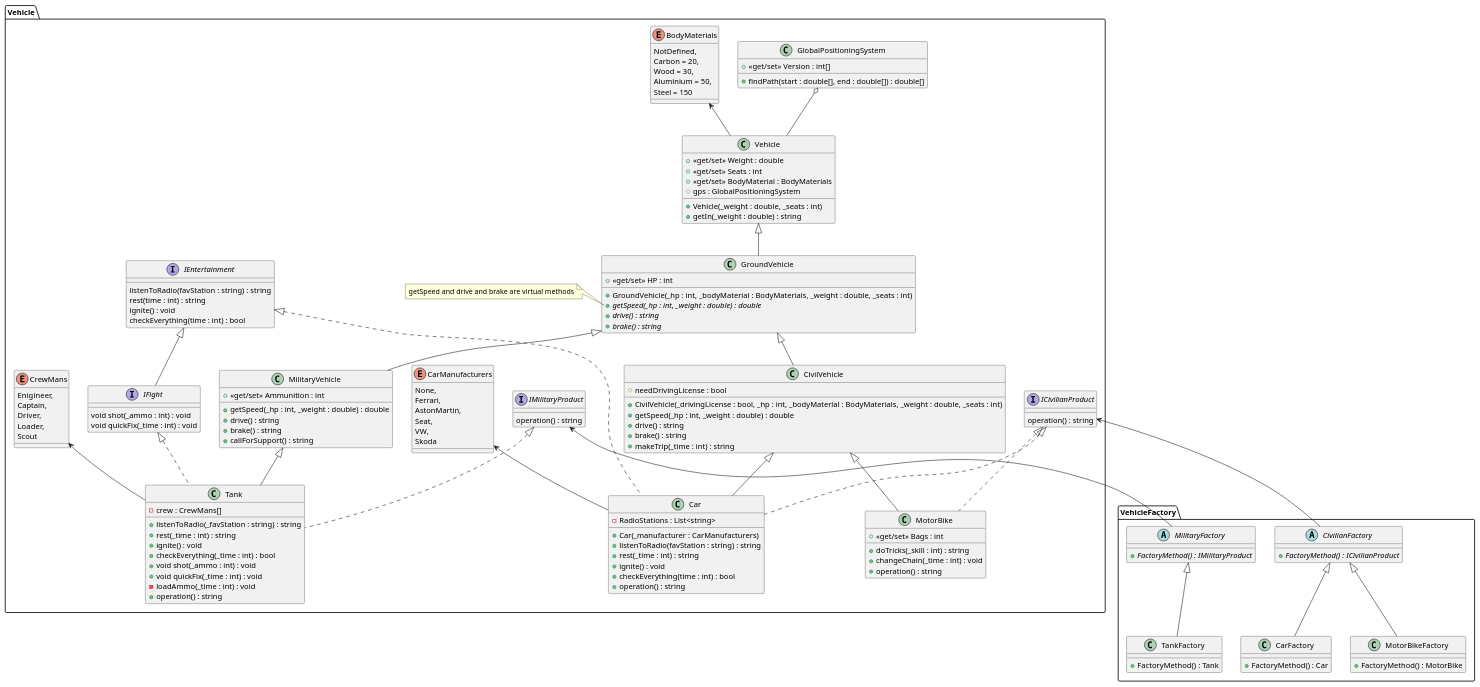
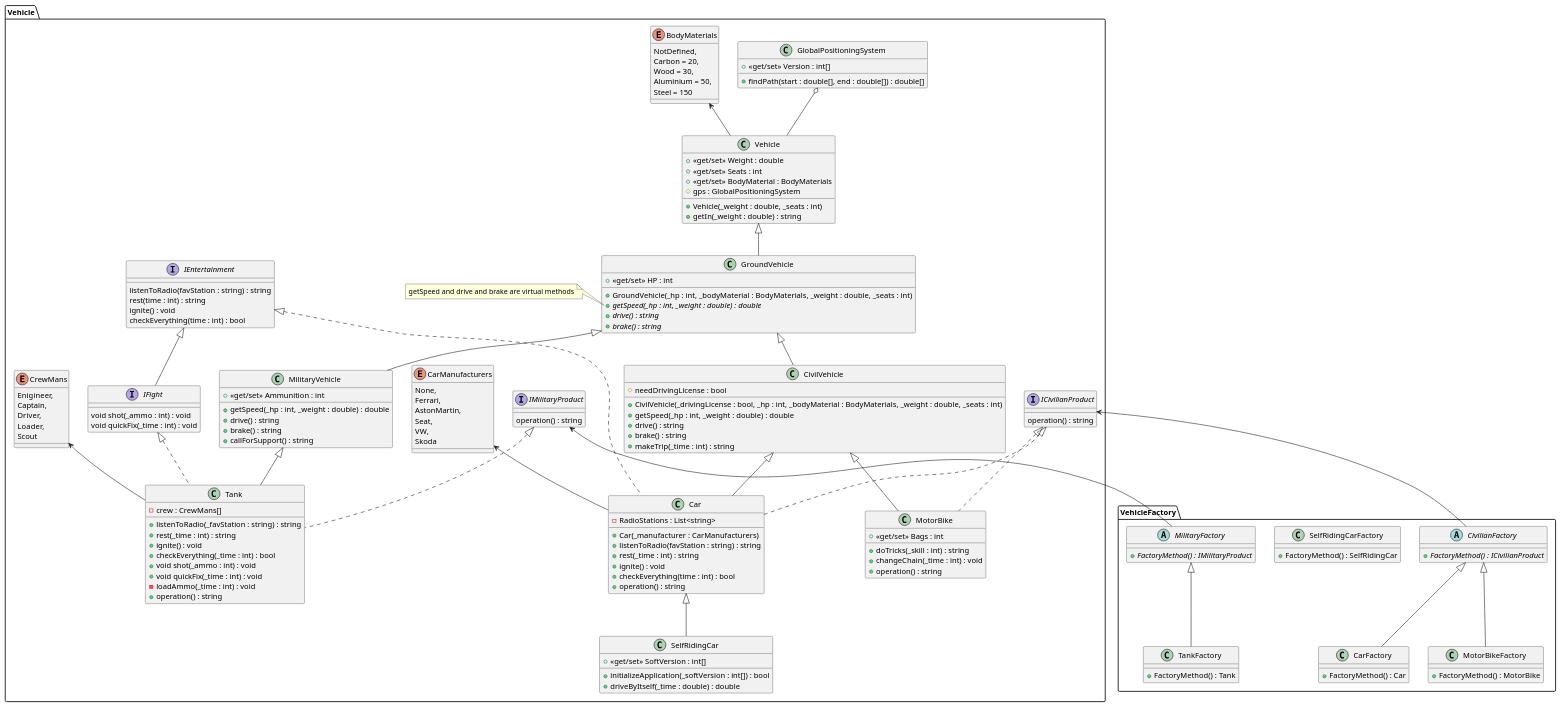
One commit to JOQUR/High_Level_Designing changed the diagram in LAB04/SelfDrivingCar.puml. Above: the diagram before and after it, drawn with PlantUML. The commit also changed 1 other file, not shown here.

```diff
--- a/LAB04/SelfDrivingCar.puml
+++ b/LAB04/SelfDrivingCar.puml
@@ -1,167 +1,178 @@
 @startuml
 
 namespace Vehicle{
 
     class Vehicle{
         +<<get/set>> Weight : double
         +<<get/set>> Seats : int
         +<<get/set>> BodyMaterial : BodyMaterials
         #gps : GlobalPositioningSystem
 
         + Vehicle(_weight : double, _seats : int)
         +getIn(_weight : double) : string
     }
 
     class GroundVehicle{
         +<<get/set>> HP : int
         +GroundVehicle(_hp : int, _bodyMaterial : BodyMaterials, _weight : double, _seats : int)
         + {abstract} getSpeed(_hp : int, _weight : double) : double
         + {abstract} drive() : string
         + {abstract} brake() : string
     }
     note left of GroundVehicle::getSpeed
     getSpeed and drive and brake are virtual methods
     end note
 
     class CivilVehicle{
         #needDrivingLicense : bool
         +CivilVehicle(_drivingLicense : bool, _hp : int, _bodyMaterial : BodyMaterials, _weight : double, _seats : int)
         +getSpeed(_hp : int, _weight : double) : double
         +drive() : string
         +brake() : string
         +makeTrip(_time : int) : string
     }
 
     class Car{
         -RadioStations : List<string>
         +Car(_manufacturer : CarManufacturers)
         +listenToRadio(favStation : string) : string
         +rest(_time : int) : string
         +ignite() : void
         +checkEverything(time : int) : bool
         +operation() : string
+    }
+
+    class SelfRidingCar{
+        +<<get/set>> SoftVersion : int[]
+
+        +initializeApplication(_softVersion : int[]) : bool
+        +driveByItself(_time : double) : double
     }
 
     class MotorBike{
         +<<get/set>> Bags : int
         +doTricks(_skill : int) : string
         +changeChain(_time : int) : void
         +operation() : string
     }
 
     class GlobalPositioningSystem{
         +<<get/set>> Version : int[]
         +findPath(start : double[], end : double[]) : double[]
     }
 
     class MilitaryVehicle{
         +<<get/set>> Ammunition : int
         +getSpeed(_hp : int, _weight : double) : double
         +drive() : string
         +brake() : string
         +callForSupport() : string
     }
 
     class Tank{
         -crew : CrewMans[]
         +listenToRadio(_favStation : string) : string
         +rest(_time : int) : string
         +ignite() : void
         +checkEverything(_time : int) : bool
         +void shot(_ammo : int) : void
         +void quickFix(_time : int) : void
         -loadAmmo(_time : int) : void
         +operation() : string
     }
 
 
 
     enum CarManufacturers{
         None,
         Ferrari,
         AstonMartin,
         Seat,
         VW,
         Skoda
     }
     enum BodyMaterials{
         NotDefined,
         Carbon = 20,
         Wood = 30,
         Aluminium = 50,
         Steel = 150
     }
 
     enum CrewMans {
         Enigineer,
         Captain,
         Driver,
         Loader,
         Scout
     }
 
     interface ICivilianProduct{
         operation() : string 
     }
 
     interface IMilitaryProduct{
         operation() : string 
     }
     interface IEntertainment {
         listenToRadio(favStation : string) : string
         rest(time : int) : string
         ignite() : void
         checkEverything(time : int) : bool
     }
     interface IFight{
         void shot(_ammo : int) : void
         void quickFix(_time : int) : void
     }
 
-
+    Car <|-- SelfRidingCar
     CrewMans <-- Tank
     CivilVehicle <|-- MotorBike
     CarManufacturers <-- Car
     CivilVehicle <|-- Car
     class Car implements IEntertainment
     Vehicle <|-- GroundVehicle
     BodyMaterials <-- Vehicle
     GlobalPositioningSystem o-- Vehicle
     GroundVehicle <|-- CivilVehicle
     GroundVehicle <|-- MilitaryVehicle
     MilitaryVehicle <|-- Tank
     class Tank implements IFight
     interface IFight implements IEntertainment
     class Car implements ICivilianProduct
     class MotorBike implements ICivilianProduct
     class Tank implements IMilitaryProduct
 }
 namespace VehicleFactory{
     abstract class CivilianFactory{
         +{abstract} FactoryMethod() : ICivilianProduct
     }
 
     class CarFactory{
         +FactoryMethod() : Car
     }
 
     class MotorBikeFactory{
         +FactoryMethod() : MotorBike
     }
 
+    class SelfRidingCarFactory{
+        +FactoryMethod() : SelfRidingCar
+    }
+
     abstract class MilitaryFactory{
         +{abstract} FactoryMethod() : IMilitaryProduct
     }
 
     class TankFactory{
         +FactoryMethod() : Tank
     }
 
 
     Vehicle.IMilitaryProduct <-- MilitaryFactory
     Vehicle.ICivilianProduct <-- CivilianFactory
     class CarFactory extends CivilianFactory
     class MotorBikeFactory extends CivilianFactory
     class TankFactory extends MilitaryFactory
 }
 @enduml
```
